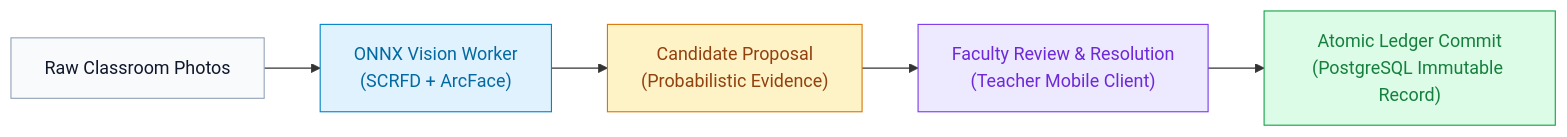
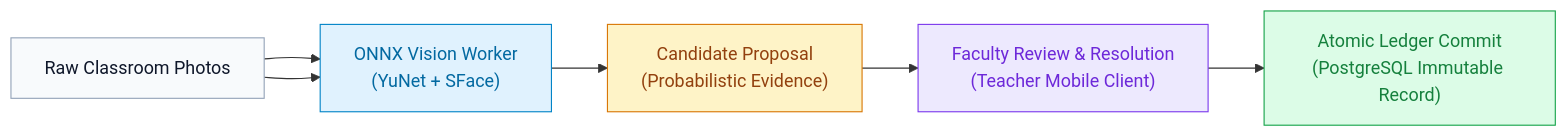
Before and after one commit to KatkamKoushik/K-Squared-Face-Recognition-Attendance-System: the diagram in wiki/Home.md, drawn with Mermaid. The commit also changed other lines of this file and 33 other files, not shown here.

````diff
--- a/wiki/Home.md
+++ b/wiki/Home.md
@@ -11,13 +11,17 @@
 ```mermaid
 flowchart LR
-    A["Raw Classroom Photos"] --> B["ONNX Vision Worker<br/>(SCRFD + ArcFace)"]
-    B --> C["Candidate Proposal<br/>(Probabilistic Evidence)"]
-    C --> D["Faculty Review & Resolution<br/>(Teacher Mobile Client)"]
-    D --> E["Atomic Ledger Commit<br/>(PostgreSQL Immutable Record)"]
+    A["Raw Classroom Photos"] --> B["ONNX Vision Worker<br/>(YuNet + SFace)"]
+    C["Candidate Proposal<br/>(Probabilistic Evidence)"]
+    D["Faculty Review & Resolution<br/>(Teacher Mobile Client)"]
+    E["Atomic Ledger Commit<br/>(PostgreSQL Immutable Record)"]
+    A --> B
+    B --> C
+    C --> D
+    D --> E
 
     style A fill:#f8fafc,stroke:#94a3b8,color:#0f172a
     style B fill:#e0f2fe,stroke:#0284c7,color:#0369a1
     style C fill:#fef3c7,stroke:#d97706,color:#92400e
     style D fill:#ede9fe,stroke:#7c3aed,color:#6d28d9
     style E fill:#dcfce7,stroke:#16a34a,color:#15803d
 ```
````
